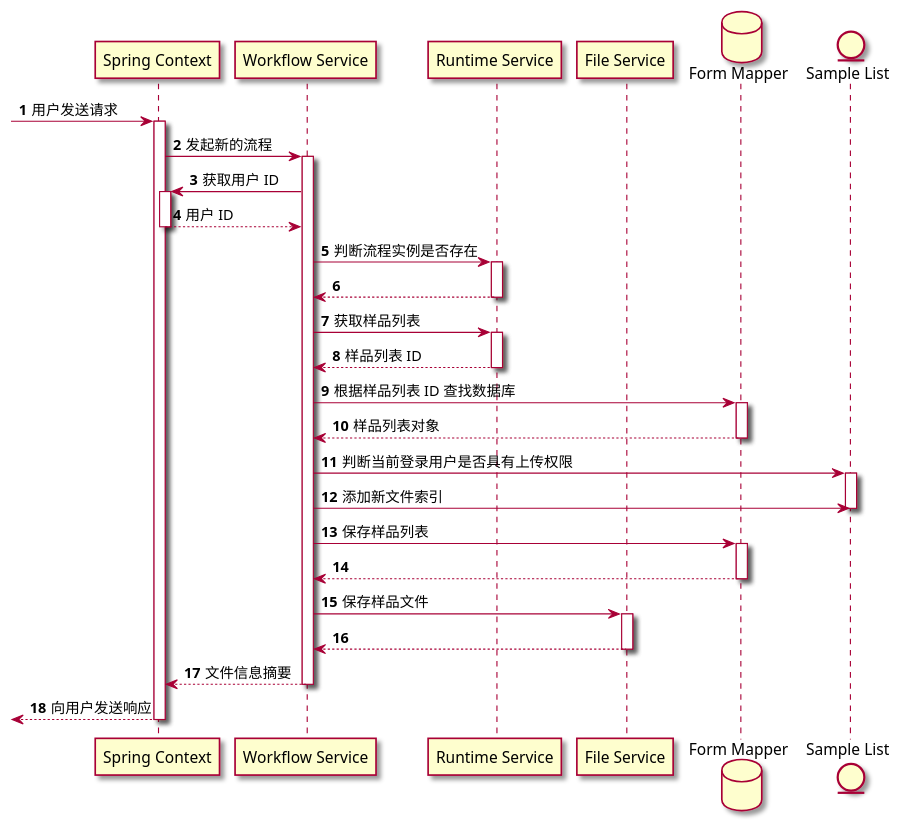
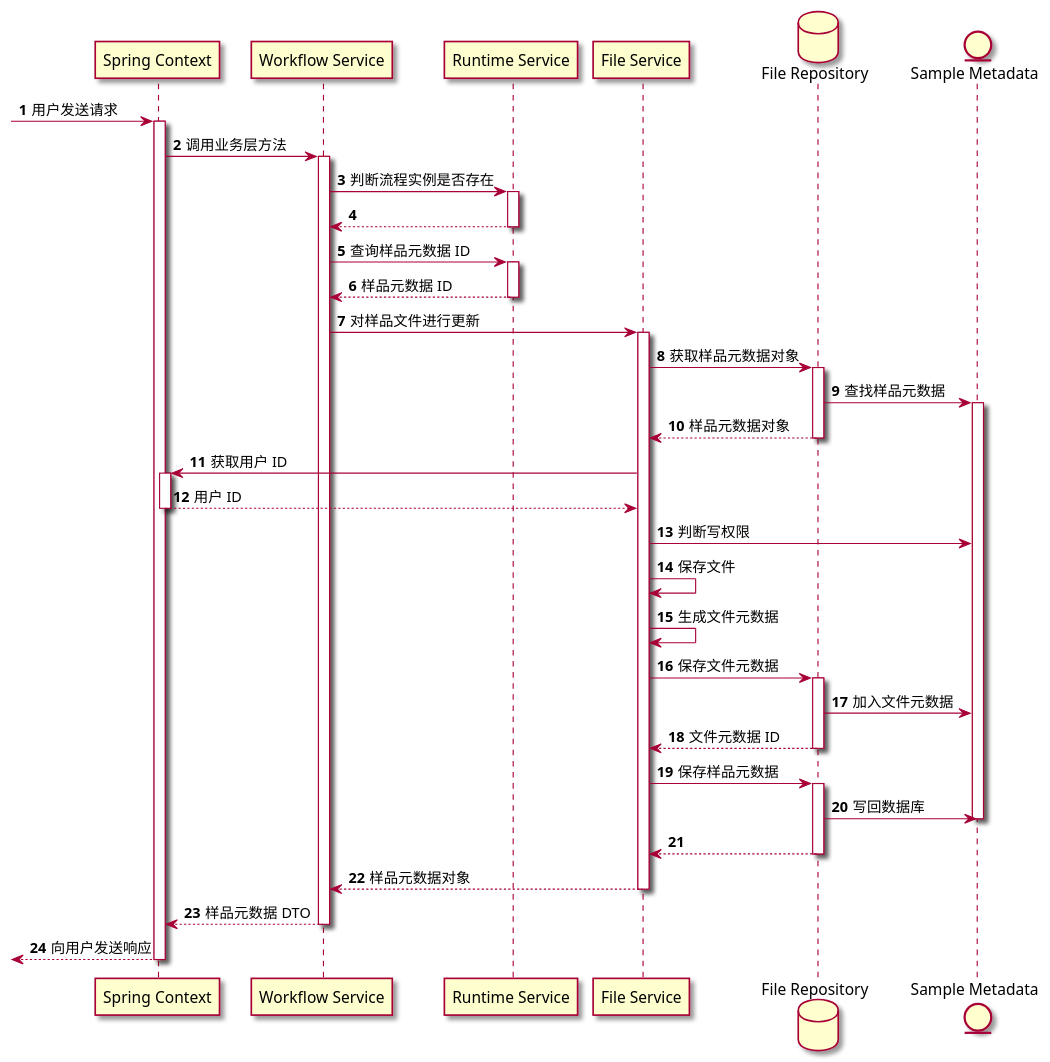
One commit to OnlineSystemGroupA/backend changed the diagram in plantuml/上传样品序列图.puml. Above: the diagram before and after it, drawn with PlantUML. The commit also changed 17 other files, not shown here.

```diff
--- a/plantuml/上传样品序列图.puml
+++ b/plantuml/上传样品序列图.puml
@@ -1,45 +1,54 @@
 @startuml
 'https://plantuml.com/sequence-diagram
 
 skin rose
 
 autonumber
 
 participant "Spring Context" as a
 participant "Workflow Service" as b
 participant "Runtime Service" as c
 participant "File Service" as f
-database "Form Mapper" as d
-entity "Sample List" as e
+database "File Repository" as d
+entity "Sample Metadata" as e
+
 
 -> a: 用户发送请求
 activate a
-a -> b: 发起新的流程
+a -> b: 调用业务层方法
 activate b
-b -> a: 获取用户 ID
-activate a
-return 用户 ID
 b -> c: 判断流程实例是否存在
 activate c
 return
-b -> c: 获取样品列表
+b -> c: 查询样品元数据 ID
 activate c
-return 样品列表 ID
-b -> d: 根据样品列表 ID 查找数据库
+return 样品元数据 ID
+b -> f: 对样品文件进行更新
+activate f
+f -> d: 获取样品元数据对象
 activate d
-return 样品列表对象
-b -> e: 判断当前登录用户是否具有上传权限
+d -> e: 查找样品元数据
 activate e
-b -> e: 添加新文件索引
-deactivate
-
-b -> d: 保存样品列表
+d ---> f: 样品元数据对象
+deactivate d
+f -> a: 获取用户 ID
+activate a
+return 用户 ID
+'f -> e: 添加文件元数据
+f -> e: 判断写权限
+f -> f: 保存文件
+f -> f: 生成文件元数据
+f -> d: 保存文件元数据
 activate d
+d -> e: 加入文件元数据
+return 文件元数据 ID
+f -> d: 保存样品元数据
+activate d
+d -> e: 写回数据库
+deactivate e
 return
-b -> f: 保存样品文件
-activate f
-return
-return 文件信息摘要
+return 样品元数据对象
+return 样品元数据 DTO
 return 向用户发送响应
 
 @enduml
```
